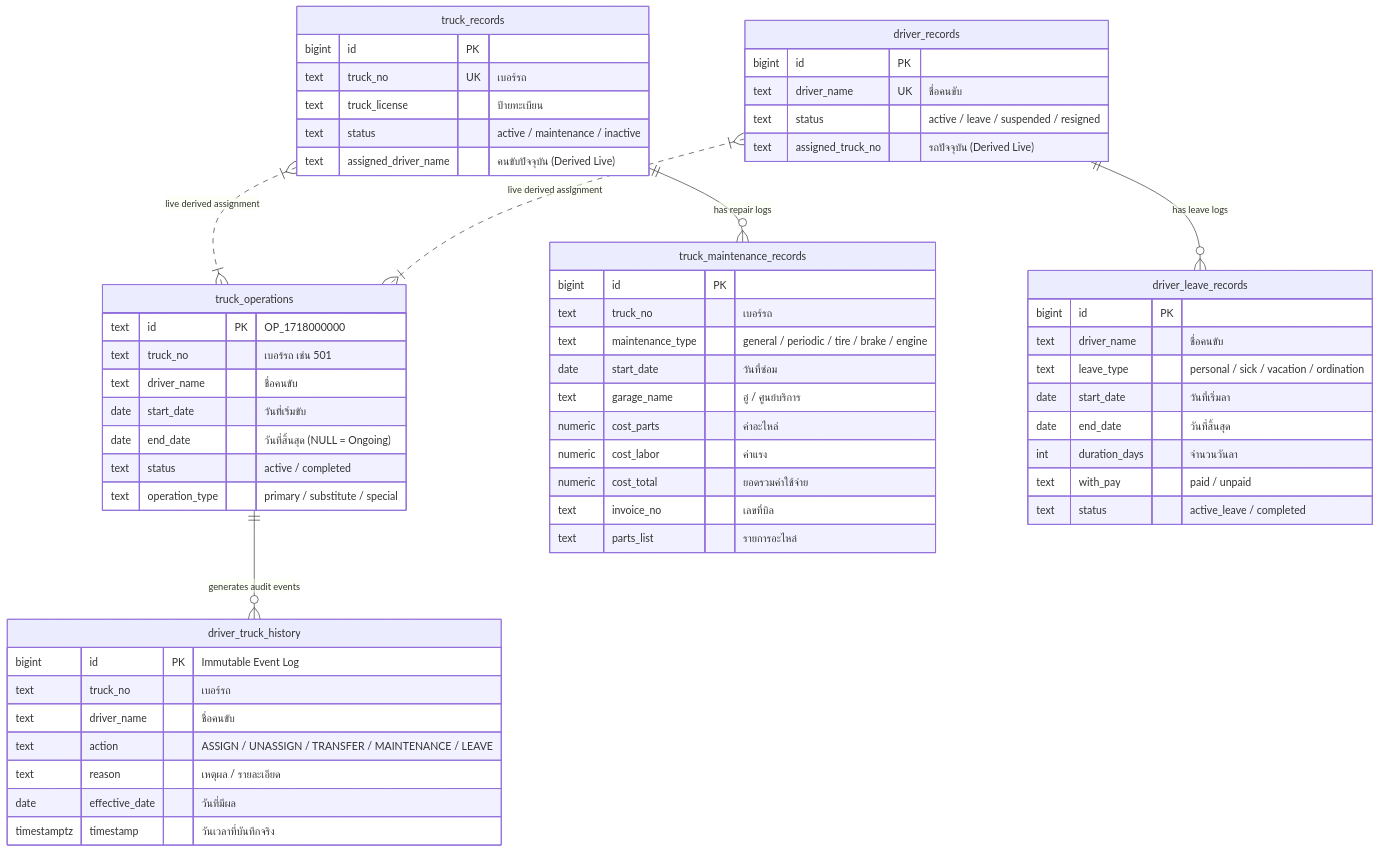
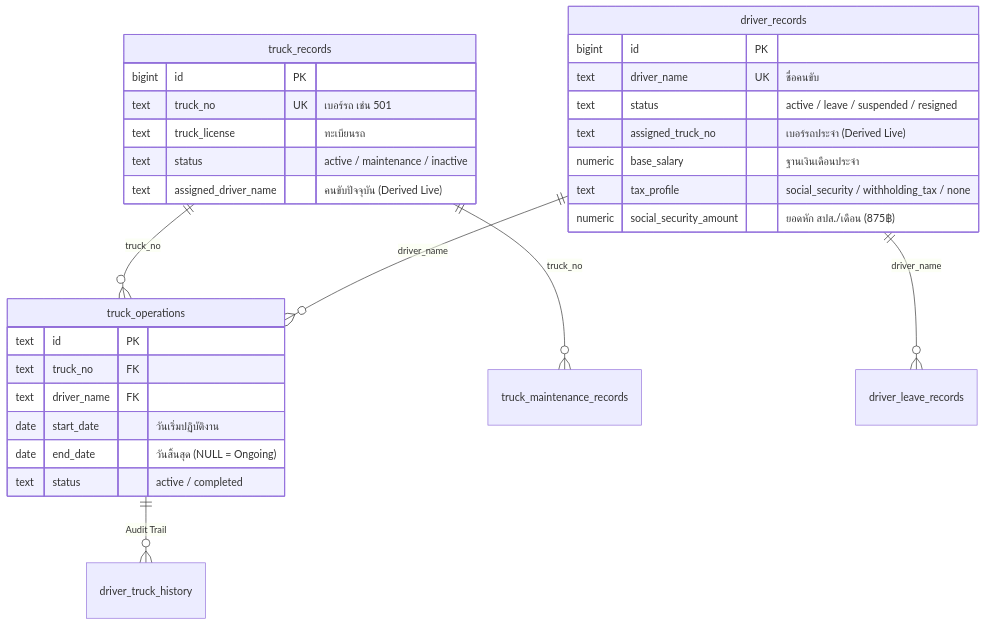
One commit to buayroo04git/Container_V3_WebApp changed the second of 2 diagrams in PROJECT_GUIDE.md. Above: the diagram before and after it, drawn with Mermaid. The commit also changed other lines of this file and 80 other files, not shown here.

````diff
--- a/PROJECT_GUIDE.md
+++ b/PROJECT_GUIDE.md
@@ -584,67 +164,35 @@
 ```mermaid
 erDiagram
-    truck_operations ||--o{ driver_truck_history : "generates audit events"
-    truck_records ||--o{ truck_maintenance_records : "has repair logs"
-    driver_records ||--o{ driver_leave_records : "has leave logs"
-    truck_records }|..|{ truck_operations : "live derived assignment"
-    driver_records }|..|{ truck_operations : "live derived assignment"
-
-    truck_operations {
-        text id PK "OP_1718000000"
-        text truck_no "เบอร์รถ เช่น 501"
-        text driver_name "ชื่อคนขับ"
-        date start_date "วันที่เริ่มขับ"
-        date end_date "วันที่สิ้นสุด (NULL = Ongoing)"
-        text status "active / completed"
-        text operation_type "primary / substitute / special"
-    }
+    truck_records ||--o{ truck_operations : "truck_no"
+    driver_records ||--o{ truck_operations : "driver_name"
+    truck_records ||--o{ truck_maintenance_records : "truck_no"
+    driver_records ||--o{ driver_leave_records : "driver_name"
+    truck_operations ||--o{ driver_truck_history : "Audit Trail"
 
     truck_records {
         bigint id PK
-        text truck_no UK "เบอร์รถ"
-        text truck_license "ป้ายทะเบียน"
+        text truck_no UK "เบอร์รถ เช่น 501"
+        text truck_license "ทะเบียนรถ"
         text status "active / maintenance / inactive"
         text assigned_driver_name "คนขับปัจจุบัน (Derived Live)"
     }
 
     driver_records {
         bigint id PK
         text driver_name UK "ชื่อคนขับ"
         text status "active / leave / suspended / resigned"
-        text assigned_truck_no "รถปัจจุบัน (Derived Live)"
+        text assigned_truck_no "เบอร์รถประจำ (Derived Live)"
+        numeric base_salary "ฐานเงินเดือนประจำ"
+        text tax_profile "social_security / withholding_tax / none"
+        numeric social_security_amount "ยอดหัก สปส./เดือน (875฿)"
     }
 
-    truck_maintenance_records {
-        bigint id PK
-        text truck_no "เบอร์รถ"
-        text maintenance_type "general / periodic / tire / brake / engine"
-        date start_date "วันที่ซ่อม"
-        text garage_name "อู่ / ศูนย์บริการ"
-        numeric cost_parts "ค่าอะไหล่"
-        numeric cost_labor "ค่าแรง"
-        numeric cost_total "ยอดรวมค่าใช้จ่าย"
-        text invoice_no "เลขที่บิล"
-        text parts_list "รายการอะไหล่"
-    }
-
-    driver_leave_records {
-        bigint id PK
-        text driver_name "ชื่อคนขับ"
-        text leave_type "personal / sick / vacation / ordination"
-        date start_date "วันที่เริ่มลา"
-        date end_date "วันที่สิ้นสุด"
-        int duration_days "จำนวนวันลา"
-        text with_pay "paid / unpaid"
-        text status "active_leave / completed"
-    }
-
-    driver_truck_history {
-        bigint id PK "Immutable Event Log"
-        text truck_no "เบอร์รถ"
-        text driver_name "ชื่อคนขับ"
-        text action "ASSIGN / UNASSIGN / TRANSFER / MAINTENANCE / LEAVE"
-        text reason "เหตุผล / รายละเอียด"
-        date effective_date "วันที่มีผล"
-        timestamptz timestamp "วันเวลาที่บันทึกจริง"
+    truck_operations {
+        text id PK
+        text truck_no FK
+        text driver_name FK
+        date start_date "วันเริ่มปฏิบัติงาน"
+        date end_date "วันสิ้นสุด (NULL = Ongoing)"
+        text status "active / completed"
     }
 ```
````
